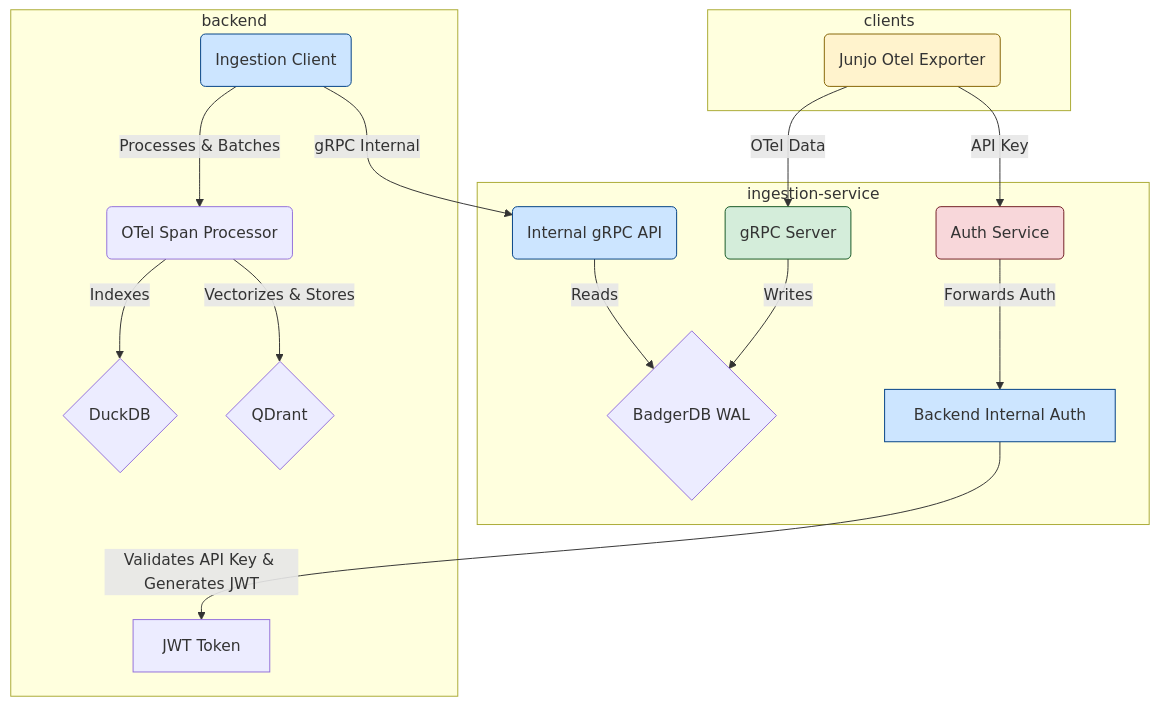
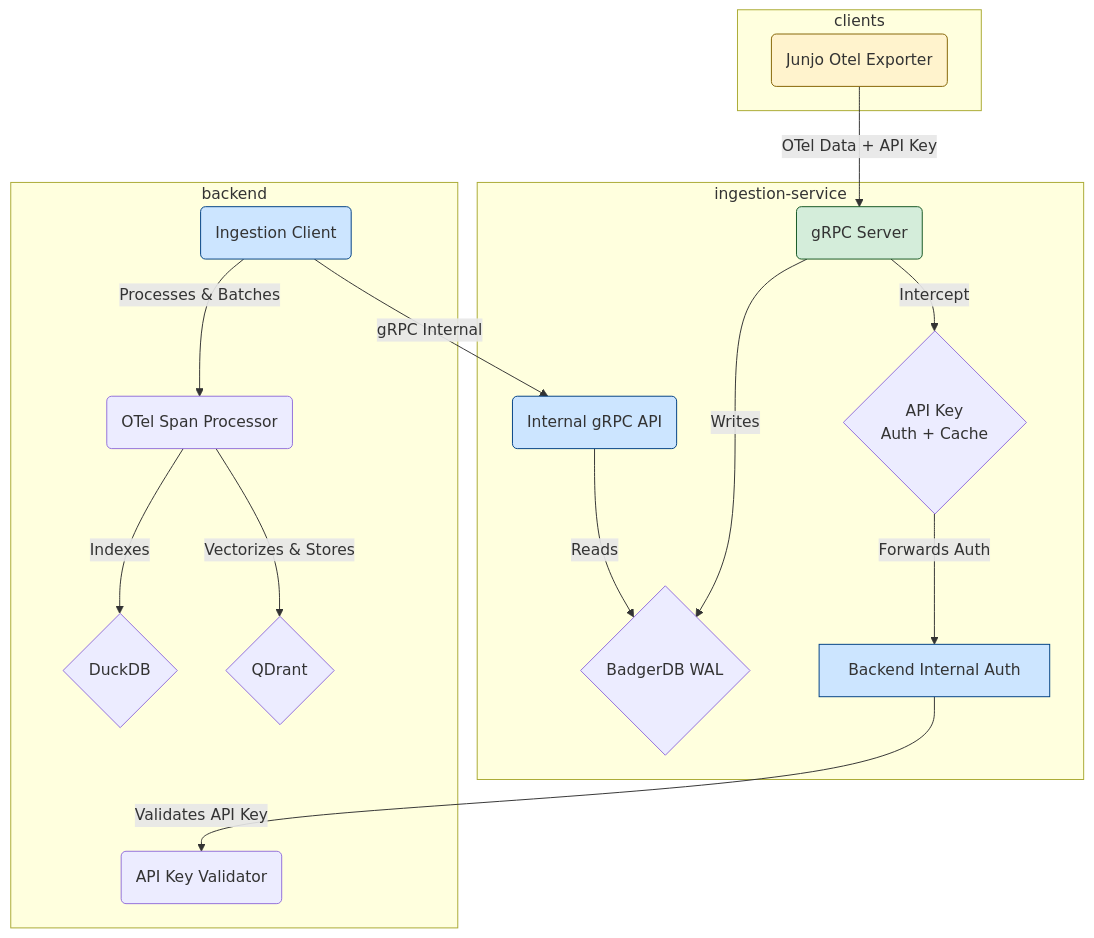
The first of 2 diagrams in AGENTS.md (mdrideout/junjo-server), drawn with Mermaid before and after one commit. The commit also changed other lines of this file and 29 other files, not shown here.

Commit message:
Removed JWT auth implementation, replaced with an API key validator and cache system.

````diff
--- a/AGENTS.md
+++ b/AGENTS.md
@@ -17,28 +17,36 @@
 ```mermaid
-graph TD
-    subgraph "ingestion-service"
-        C(Internal gRPC API) -->|Reads| B{BadgerDB WAL}
-        A(gRPC Server) -->|Writes| B
-        I(Auth Service) -->|Forwards Auth| J[Backend Internal Auth]
-    end
+flowchart TD
+ subgraph s1["ingestion-service"]
+        B{"BadgerDB WAL"}
+        C("Internal gRPC API")
+        A("gRPC Server")
+        IN{"API Key<br>Auth + Cache"}
+        J["Backend Internal Auth"]
+  end
+ subgraph backend["backend"]
+        D("Ingestion Client")
+        E("OTel Span Processor")
+        F{"DuckDB"}
+        H{"QDrant"}
+        K("API Key Validator")
+  end
+ subgraph clients["clients"]
+        G("Junjo Otel Exporter")
+  end
+    C -- Reads --> B
+    A -- Writes --> B
+    A -- Intercept --> IN
+    IN -- Forwards Auth --> J
+    D -- gRPC Internal --> C
+    D -- Processes & Batches --> E
+    E -- Indexes --> F
+    E -- Vectorizes & Stores --> H
+    J -- Validates API Key --> K
+    G -- OTel Data + API Key --> A
 
-    subgraph "backend"
-        D(Ingestion Client) -->|gRPC Internal| C
-        D -->|Processes & Batches| E(OTel Span Processor)
-        E -->|Indexes| F{DuckDB}
-        E -->|Vectorizes & Stores| H{QDrant}
-        J -->|Validates API Key & Generates JWT| K[JWT Token]
-    end
-
-    subgraph "clients"
-        G(Junjo Otel Exporter) -->|OTel Data| A
-        G -->|API Key| I
-    end
-
+    style C fill:#cce5ff,stroke:#004085
     style A fill:#d4edda,stroke:#155724
-    style C fill:#cce5ff,stroke:#004085
+    style J fill:#cce5ff,stroke:#004085
     style D fill:#cce5ff,stroke:#004085
     style G fill:#fff3cd,stroke:#856404
-    style I fill:#f8d7da,stroke:#721c24
-    style J fill:#cce5ff,stroke:#004085
 ```
````
